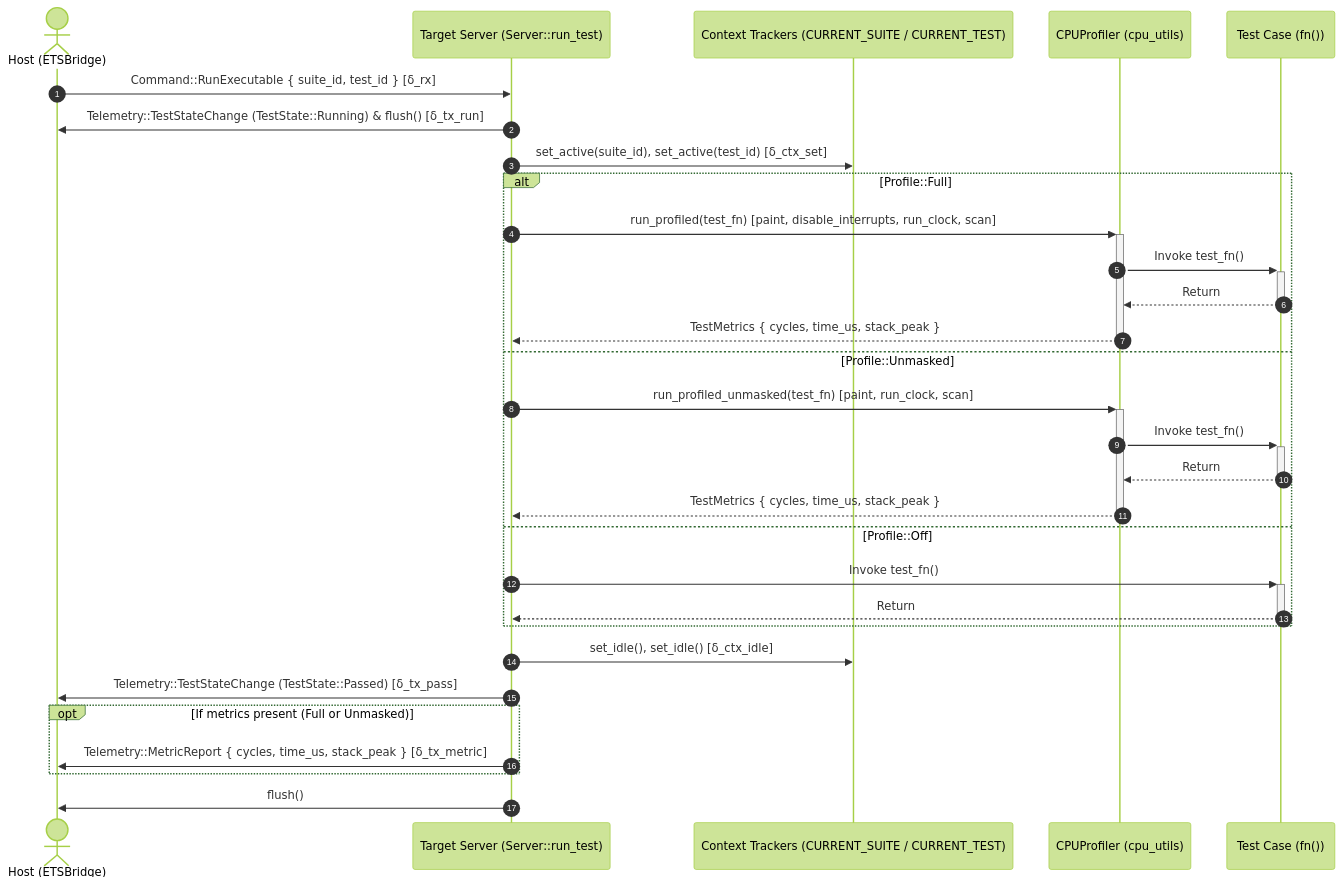
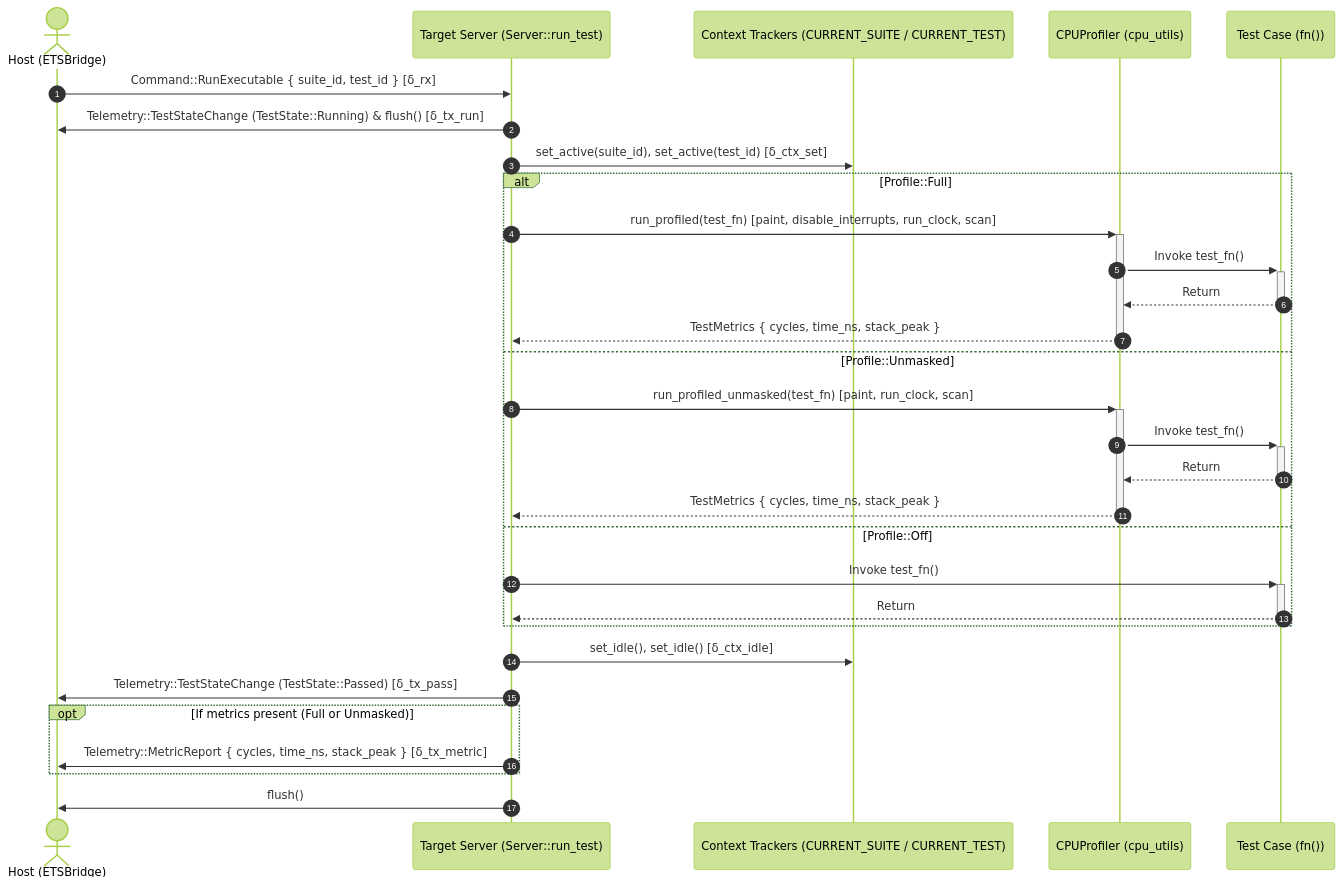
The third of 3 diagrams in documentation/ets/ets-executive-design.md (Dyse-Industries/control-rs), drawn with Mermaid (forest theme) before and after one commit. The commit also changed other lines of this file and 5 other files, not shown here.

````diff
--- a/documentation/ets/ets-executive-design.md
+++ b/documentation/ets/ets-executive-design.md
@@ -276,32 +275,32 @@
 ```mermaid
 sequenceDiagram
     autonumber
     actor Host as Host (ETSBridge)
     participant Server as Target Server (Server::run_test)
     participant Ind as Context Trackers (CURRENT_SUITE / CURRENT_TEST)
     participant Prof as CPUProfiler (cpu_utils)
     participant Test as Test Case (fn())
     Host ->> Server: Command::RunExecutable { suite_id, test_id } [δ_rx]
     Server ->> Host: Telemetry::TestStateChange (TestState::Running) & flush() [δ_tx_run]
     Server ->> Ind: set_active(suite_id), set_active(test_id) [δ_ctx_set]
     alt Profile::Full
         Server ->> + Prof: run_profiled(test_fn) [paint, disable_interrupts, run_clock, scan]
         Prof ->> + Test: Invoke test_fn()
         Test -->> - Prof: Return
-        Prof -->> - Server: TestMetrics { cycles, time_us, stack_peak }
+        Prof -->> - Server: TestMetrics { cycles, time_ns, stack_peak }
     else Profile::Unmasked
         Server ->> + Prof: run_profiled_unmasked(test_fn) [paint, run_clock, scan]
         Prof ->> + Test: Invoke test_fn()
         Test -->> - Prof: Return
-        Prof -->> - Server: TestMetrics { cycles, time_us, stack_peak }
+        Prof -->> - Server: TestMetrics { cycles, time_ns, stack_peak }
     else Profile::Off
         Server ->> + Test: Invoke test_fn()
         Test -->> - Server: Return
     end
     Server ->> Ind: set_idle(), set_idle() [δ_ctx_idle]
     Server ->> Host: Telemetry::TestStateChange (TestState::Passed) [δ_tx_pass]
     opt If metrics present (Full or Unmasked)
-        Server ->> Host: Telemetry::MetricReport { cycles, time_us, stack_peak } [δ_tx_metric]
+        Server ->> Host: Telemetry::MetricReport { cycles, time_ns, stack_peak } [δ_tx_metric]
     end
     Server ->> Host: flush()
 ```
````
